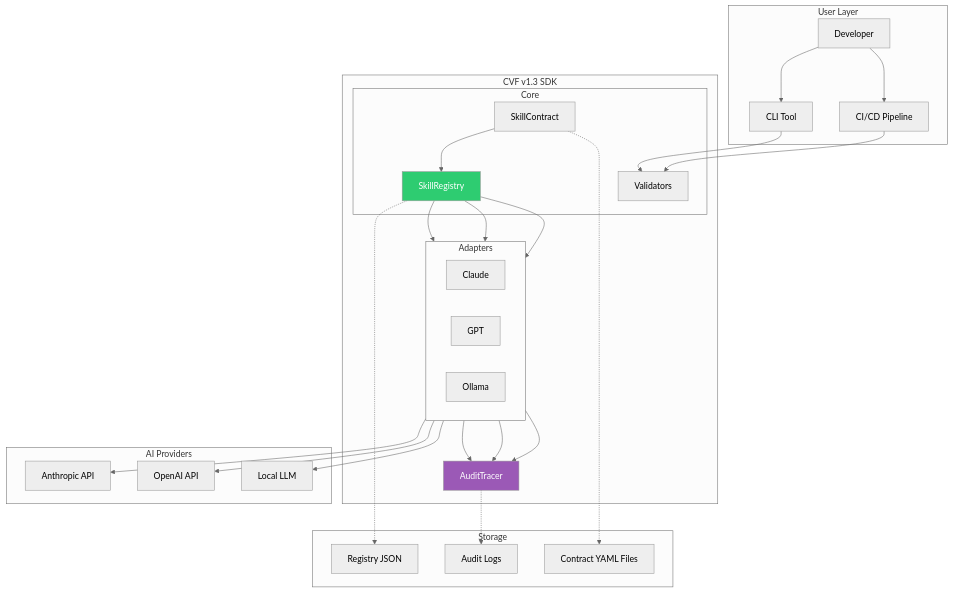
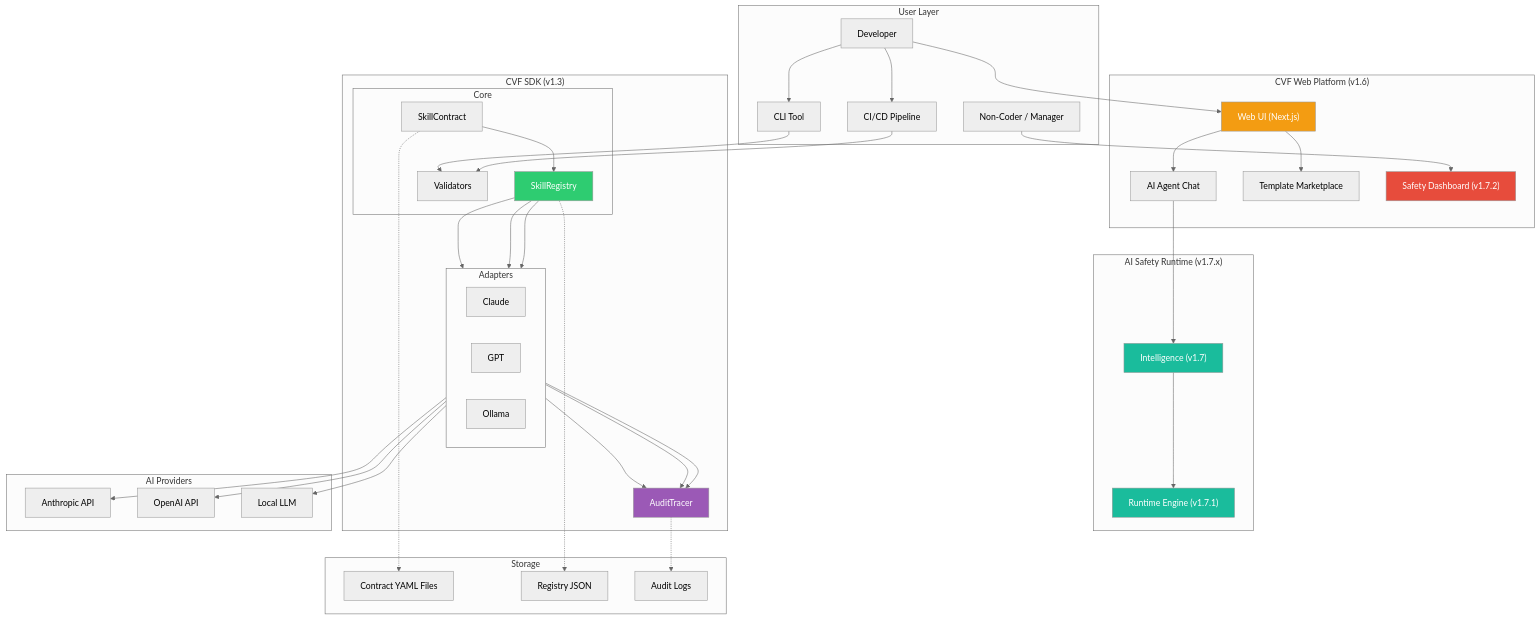
Before and after one commit to Blackbird081/Controlled-Vibe-Framework-CVF: the eighth of 8 diagrams in docs/CVF_ARCHITECTURE_DIAGRAMS.md, drawn with Mermaid (neutral theme). The commit also changed other lines of this file and 3 other files, not shown here.

Commit message:
docs: rewrite 4 docs to English + add v1.7.x — VERSION_COMPARISON, CVF_POSITIONING, VERSIONING, ARCHITECTURE_DIAGRAMS

````diff
--- a/docs/CVF_ARCHITECTURE_DIAGRAMS.md
+++ b/docs/CVF_ARCHITECTURE_DIAGRAMS.md
@@ -235,12 +316,25 @@
 ```mermaid
 flowchart TB
     subgraph "User Layer"
-        DEV[Developer]
+        DEV2[Developer]
+        NONCODER[Non-Coder / Manager]
         CLI2[CLI Tool]
         CICD2[CI/CD Pipeline]
     end
 
-    subgraph "CVF v1.3 SDK"
+    subgraph "CVF Web Platform (v1.6)"
+        UI["Web UI (Next.js)"]
+        AGENT["AI Agent Chat"]
+        MARKET["Template Marketplace"]
+        SAFETY["Safety Dashboard (v1.7.2)"]
+    end
+
+    subgraph "AI Safety Runtime (v1.7.x)"
+        INTEL2["Intelligence (v1.7)"]
+        RUNTIME2["Runtime Engine (v1.7.1)"]
+    end
+
+    subgraph "CVF SDK (v1.3)"
         subgraph "Core"
             CONTRACT2[SkillContract]
             REG2[SkillRegistry]
@@ -254,7 +348,7 @@
             AD3[Ollama]
         end
         
-        AUDIT2[AuditTracer]
+        AUDIT3[AuditTracer]
     end
 
     subgraph "AI Providers"
@@ -269,8 +363,16 @@
         LOGS[Audit Logs]
     end
 
-    DEV --> CLI2
-    DEV --> CICD2
+    DEV2 --> UI
+    DEV2 --> CLI2
+    DEV2 --> CICD2
+    NONCODER --> SAFETY
+
+    UI --> AGENT
+    UI --> MARKET
+    AGENT --> INTEL2
+    INTEL2 --> RUNTIME2
+
     CLI2 --> VALS
     CICD2 --> VALS
     
@@ -283,14 +385,18 @@
     AD2 --> OPENAI2
     AD3 --> LOCAL
     
-    AD1 --> AUDIT2
-    AD2 --> AUDIT2
-    AD3 --> AUDIT2
+    AD1 --> AUDIT3
+    AD2 --> AUDIT3
+    AD3 --> AUDIT3
     
     CONTRACT2 -.-> YAML
     REG2 -.-> JSON
-    AUDIT2 -.-> LOGS
+    AUDIT3 -.-> LOGS
 
+    style UI fill:#f39c12,color:#fff
+    style SAFETY fill:#e74c3c,color:#fff
+    style INTEL2 fill:#1abc9c,color:#fff
+    style RUNTIME2 fill:#1abc9c,color:#fff
     style REG2 fill:#2ecc71,color:#fff
-    style AUDIT2 fill:#9b59b6,color:#fff
+    style AUDIT3 fill:#9b59b6,color:#fff
 ```
````
